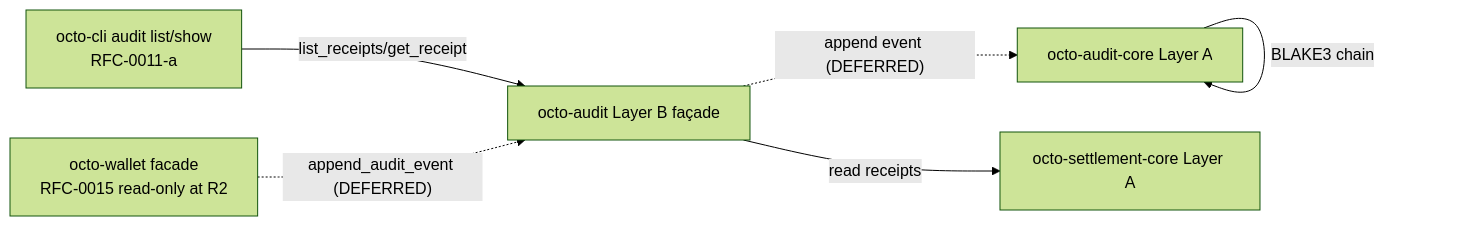
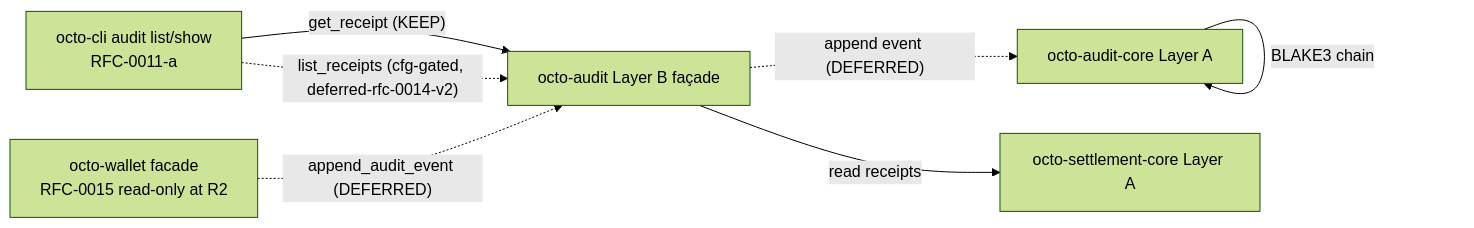
One commit to CipherOcto/cipherocto changed the first of 2 diagrams in rfcs/draft/process/0016-audit-receipt-api.md. Above: the diagram before and after it, drawn with Mermaid (forest theme). The commit also changed other lines of this file and 1 other file, not shown here.

First line of the commit message:
fix(rfcs/0015,0016): R6.5 scope-cut fixes, cfg-gate coherence + hygiene harmonization

````diff
--- a/rfcs/draft/process/0016-audit-receipt-api.md
+++ b/rfcs/draft/process/0016-audit-receipt-api.md
@@ -111,14 +111,15 @@
 ```mermaid
 graph LR
   AuditCLI[octo-cli audit list/show<br>RFC-0011-a]
   Wallet[octo-wallet facade<br>RFC-0015 read-only at R2]
   Audit[octo-audit Layer B façade]
   AuditCore[octo-audit-core Layer A]
   Settle[octo-settlement-core Layer A]
 
-  AuditCLI -- "list_receipts/get_receipt" --> Audit
+  AuditCLI -- "get_receipt (KEEP)" --> Audit
+  AuditCLI -. "list_receipts (cfg-gated, deferred-rfc-0014-v2)" .-> Audit
   Wallet -. "append_audit_event (DEFERRED)" .-> Audit
   Audit -. "append event (DEFERRED)" .-> AuditCore
   Audit -- "read receipts" --> Settle
   AuditCore -- "BLAKE3 chain" --> AuditCore
 ```
````
